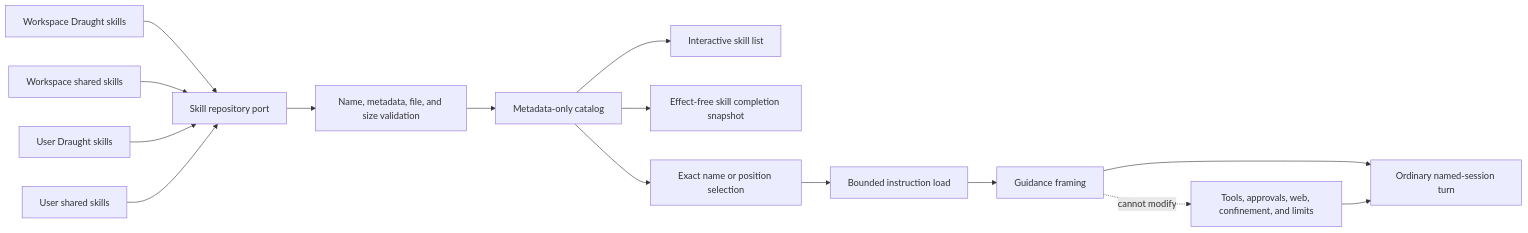
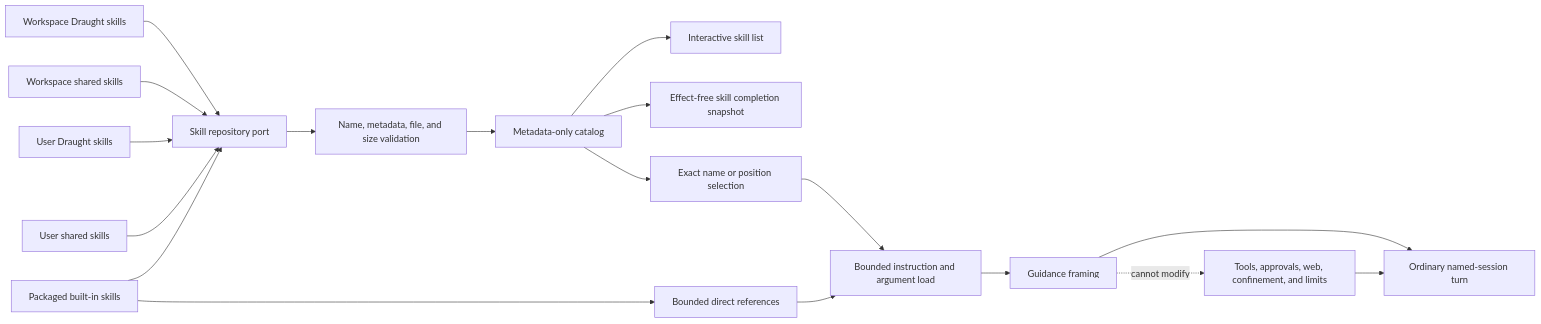
Before and after one commit to ccarvalho-eng/draught: the sixth of 12 diagrams in docs/architecture.md, drawn with Mermaid. The commit also changed other lines of this file and 21 other files, not shown here.

Commit message:
feat(skills): enable packaged Elixir workflows (#135)

````diff
--- a/docs/architecture.md
+++ b/docs/architecture.md
@@ -286,19 +286,22 @@
 ```mermaid
 flowchart LR
   WorkspaceDraught[Workspace Draught skills] --> Repository[Skill repository port]
   WorkspaceAgents[Workspace shared skills] --> Repository
   UserDraught[User Draught skills] --> Repository
   UserAgents[User shared skills] --> Repository
+  BuiltIn[Packaged built-in skills] --> Repository
 
   Repository --> Validation[Name, metadata, file, and size validation]
   Validation --> Catalog[Metadata-only catalog]
   Catalog --> List[Interactive skill list]
   Catalog --> Completion[Effect-free skill completion snapshot]
   Catalog --> Selection[Exact name or position selection]
-  Selection --> Body[Bounded instruction load]
+  Selection --> Body[Bounded instruction and argument load]
+  BuiltIn --> References[Bounded direct references]
+  References --> Body
   Body --> Frame[Guidance framing]
   Frame --> Turn[Ordinary named-session turn]
 
   Authority[Tools, approvals, web, confinement, and limits] --> Turn
   Frame -. cannot modify .-> Authority
 ```
````
